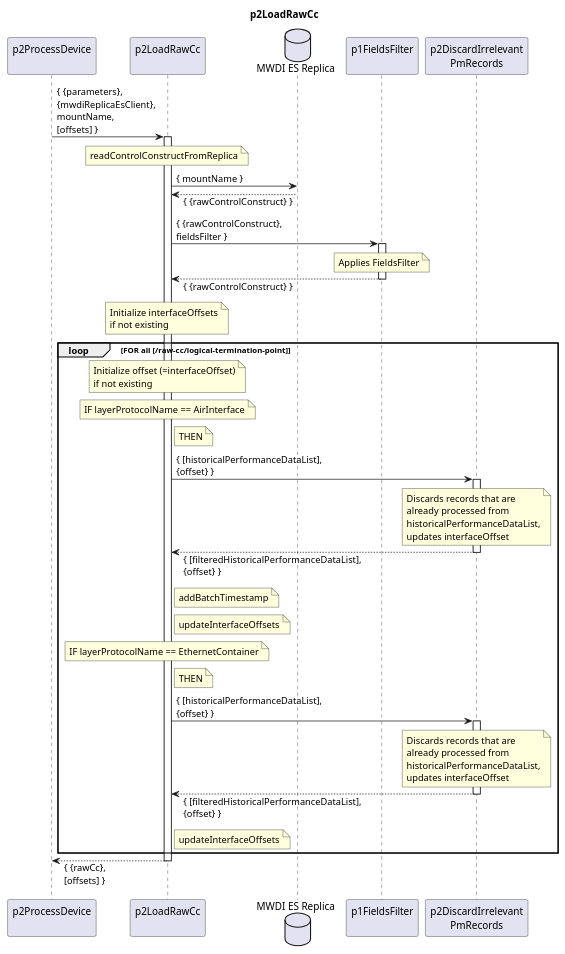
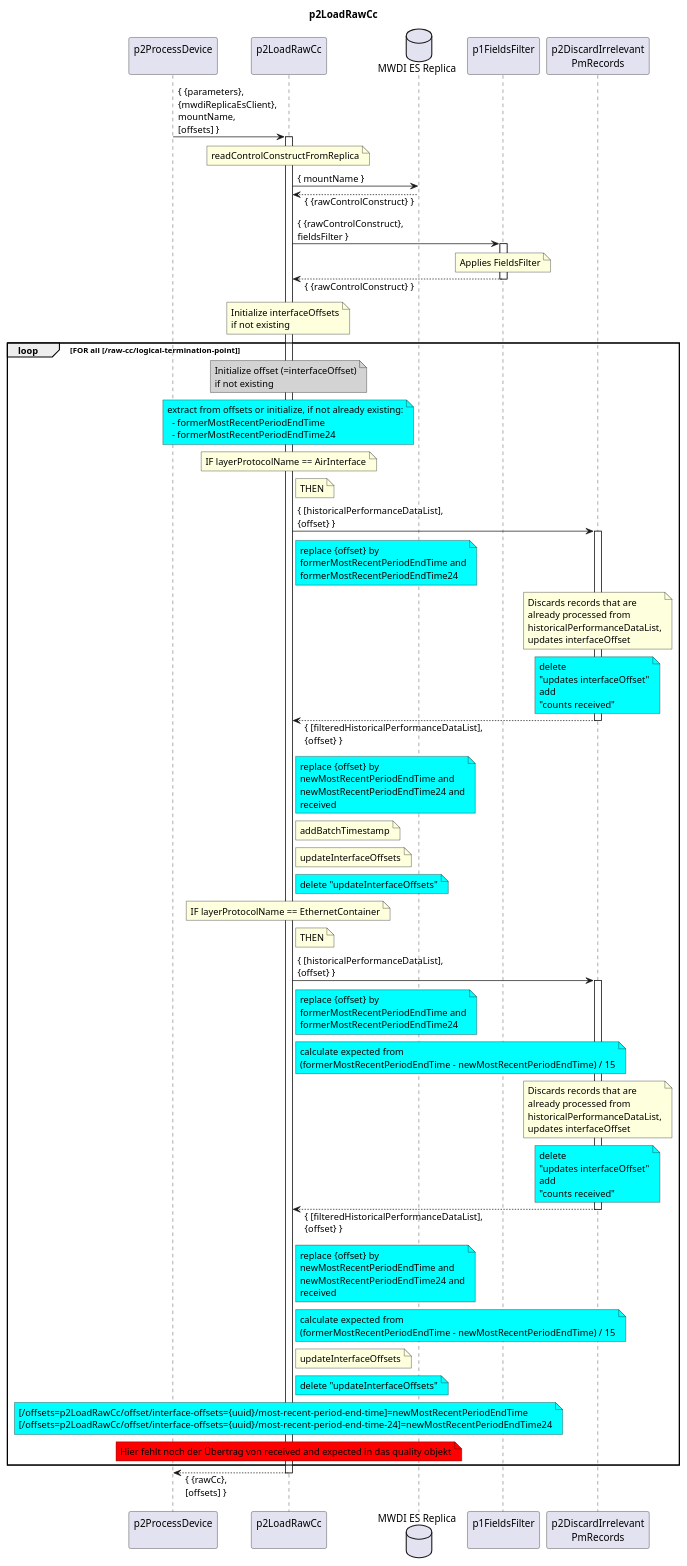
Before and after one commit to openBackhaul/DevicePerformanceManagementDataProcessor: the diagram in spec/Functions/p1StreamPmData/p2ProcessDevice/p2LoadRawCc/1.0.0/p2LoadRawCc.plantuml, drawn with PlantUML. The commit also changed 9 other files, not shown here.

```diff
--- a/spec/Functions/p1StreamPmData/p2ProcessDevice/p2LoadRawCc/1.0.0/p2LoadRawCc.plantuml
+++ b/spec/Functions/p1StreamPmData/p2ProcessDevice/p2LoadRawCc/1.0.0/p2LoadRawCc.plantuml
@@ -1,98 +1,167 @@
 @startuml p2LoadRawCc
 skinparam responseMessageBelowArrow true
 
 title
   p2LoadRawCc
 end title
 
 participant "p2ProcessDevice\n" as requestor
 participant "p2LoadRawCc\n" as cur
 database "MWDI ES Replica" as MwdiEs
 participant "p1FieldsFilter\n" as fieldsFilter
 participant "p2DiscardIrrelevant\nPmRecords" as filterPm
 
 requestor -> cur: { {parameters},\n{mwdiReplicaEsClient},\nmountName,\n[offsets] }
 activate cur
 
   note over cur
     readControlConstructFromReplica
   end note
   cur -> MwdiEs: { mountName }
   cur <-- MwdiEs: { {rawControlConstruct} }
 
   cur -> fieldsFilter: { {rawControlConstruct},\nfieldsFilter }
   activate fieldsFilter
     note over fieldsFilter
       Applies FieldsFilter
     end note
   cur <-- fieldsFilter: { {rawControlConstruct} }
   deactivate fieldsFilter
 
   note over cur
     Initialize interfaceOffsets
     if not existing
   end note
 
   loop FOR all [/raw-cc/logical-termination-point]
 
-    note over cur
+    note over cur #LightGrey
       Initialize offset (=interfaceOffset)
       if not existing
+    end note
+    note over cur #Cyan
+      extract from offsets or initialize, if not already existing:
+        - formerMostRecentPeriodEndTime
+        - formerMostRecentPeriodEndTime24
     end note
 
     note over cur
       IF layerProtocolName == AirInterface
     end note
 
     note right cur
       THEN
     end note
 
     cur -> filterPm: { [historicalPerformanceDataList],\n{offset} }
+    note right cur #Cyan
+      replace {offset} by
+      formerMostRecentPeriodEndTime and
+      formerMostRecentPeriodEndTime24
+    end note
+
     activate filterPm
     note over filterPm
       Discards records that are
       already processed from
       historicalPerformanceDataList,
       updates interfaceOffset
     end note
+    note over filterPm #Cyan
+      delete
+      "updates interfaceOffset"
+      add
+      "counts received"
+    end note
+
     cur <-- filterPm: { [filteredHistoricalPerformanceDataList],\n{offset} }
+    note right cur #Cyan
+      replace {offset} by
+      newMostRecentPeriodEndTime and
+      newMostRecentPeriodEndTime24 and
+      received
+    end note
+
     deactivate filterPm
 
     note right cur
       addBatchTimestamp
     end note
 
     note right cur
       updateInterfaceOffsets
+    end note
+    note right cur #Cyan
+      delete "updateInterfaceOffsets"
     end note
 
     note over cur
       IF layerProtocolName == EthernetContainer
     end note
 
     note right cur
       THEN
     end note
 
     cur -> filterPm: { [historicalPerformanceDataList],\n{offset} }
+    note right cur #Cyan
+      replace {offset} by
+      formerMostRecentPeriodEndTime and
+      formerMostRecentPeriodEndTime24
+    end note
+
+    note right cur #Cyan
+      calculate expected from 
+      (formerMostRecentPeriodEndTime - newMostRecentPeriodEndTime) / 15
+    end note
+
     activate filterPm
     note over filterPm
       Discards records that are
       already processed from
       historicalPerformanceDataList,
       updates interfaceOffset
     end note
+    note over filterPm #Cyan
+      delete
+      "updates interfaceOffset"
+      add
+      "counts received"
+    end note
+
     cur <-- filterPm: { [filteredHistoricalPerformanceDataList],\n{offset} }
+    note right cur #Cyan
+      replace {offset} by
+      newMostRecentPeriodEndTime and
+      newMostRecentPeriodEndTime24 and
+      received
+    end note
+
+    note right cur #Cyan
+      calculate expected from 
+      (formerMostRecentPeriodEndTime - newMostRecentPeriodEndTime) / 15
+    end note
+
     deactivate filterPm
 
     note right cur
       updateInterfaceOffsets
+    end note
+    note right cur #Cyan
+      delete "updateInterfaceOffsets"
+    end note
+    note over cur #Cyan
+      [/offsets=p2LoadRawCc/offset/interface-offsets={uuid}/most-recent-period-end-time]=newMostRecentPeriodEndTime
+      [/offsets=p2LoadRawCc/offset/interface-offsets={uuid}/most-recent-period-end-time-24]=newMostRecentPeriodEndTime24
+    end note
+
+    note over cur #Red
+      Hier fehlt noch der Übertrag von received and expected in das quality objekt
     end note
 
   end loop
 
 requestor <-- cur: { {rawCc},\n[offsets] }
 deactivate cur
 
 @enduml
```
